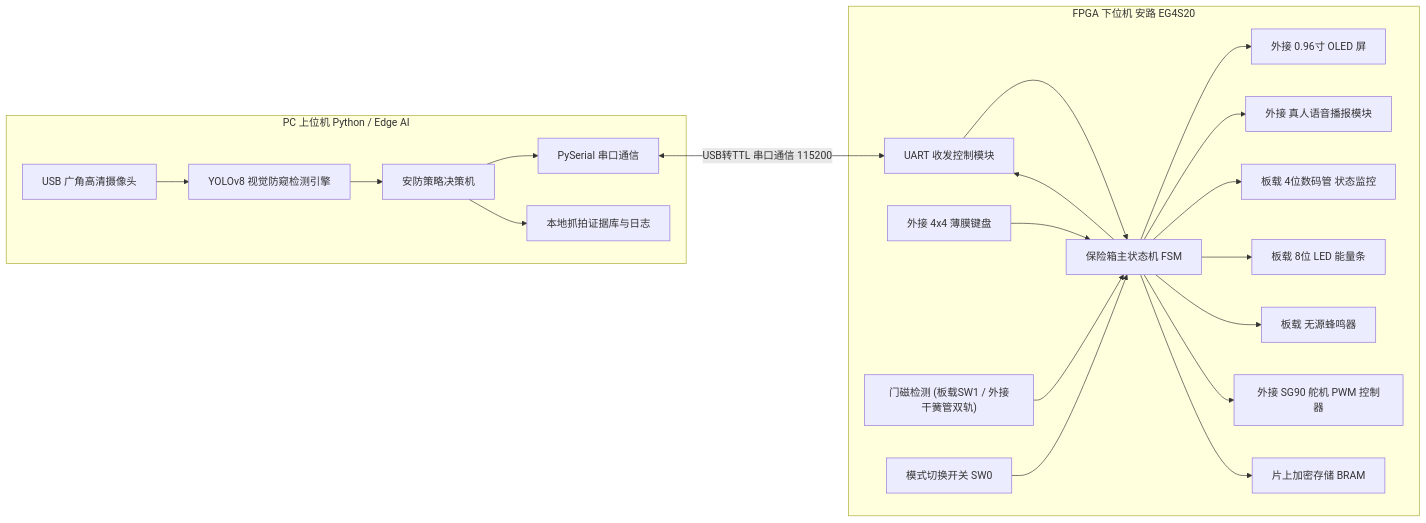
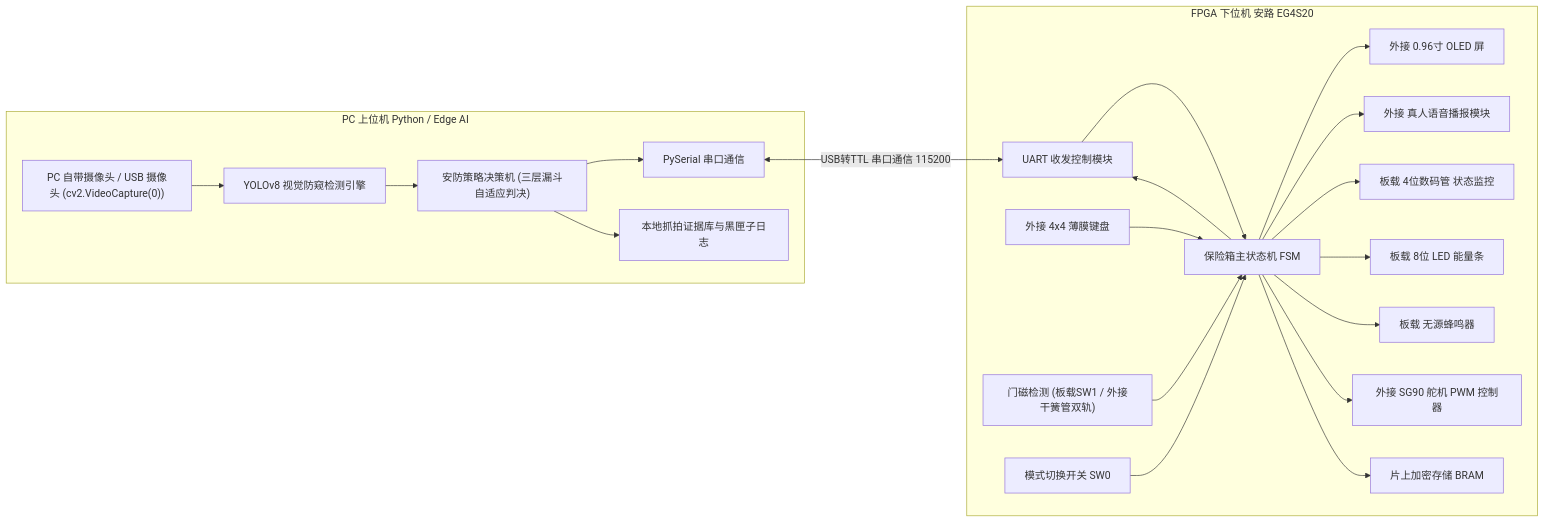
The first of 3 diagrams in plan.md (no-more-human/FPGA-AntiPeep-CipherLock), drawn with Mermaid before and after one commit. The commit also changed other lines of this file and 17 other files, not shown here.

````diff
--- a/plan.md
+++ b/plan.md
@@ -14,29 +14,29 @@
 ```mermaid
 flowchart LR
     subgraph PC_Side ["PC 上位机 Python / Edge AI"]
-        USB_CAM["USB 广角高清摄像头"] --> YOLO["YOLOv8 视觉防窥检测引擎"]
-        YOLO --> Decision["安防策略决策机"]
+        USB_CAM["PC 自带摄像头 / USB 摄像头 (cv2.VideoCapture(0))"] --> YOLO["YOLOv8 视觉防窥检测引擎"]
+        YOLO --> Decision["安防策略决策机 (三层漏斗自适应判决)"]
         Decision --> PY_UART["PySerial 串口通信"]
-        Decision --> Logger["本地抓拍证据库与日志"]
+        Decision --> Logger["本地抓拍证据库与黑匣子日志"]
     end
 
     subgraph FPGA_Side ["FPGA 下位机 安路 EG4S20"]
         FPGA_UART["UART 收发控制模块"] --> MainFSM["保险箱主状态机 FSM"]
         MainFSM --> FPGA_UART
 
         Keypad_Ext["外接 4x4 薄膜键盘"] --> MainFSM
         Door_Sensor["门磁检测 (板载SW1 / 外接干簧管双轨)"] --> MainFSM
         Mode_SW["模式切换开关 SW0"] --> MainFSM
 
         MainFSM --> OLED["外接 0.96寸 OLED 屏"]
         MainFSM --> Voice["外接 真人语音播报模块"]
         MainFSM --> Digitron["板载 4位数码管 状态监控"]
         MainFSM --> LED_Bar["板载 8位 LED 能量条"]
         MainFSM --> Buzzer["板载 无源蜂鸣器"]
 
         MainFSM --> PWM_Servo["外接 SG90 舵机 PWM 控制器"]
         MainFSM --> SecStorage["片上加密存储 BRAM"]
     end
 
     PY_UART <-->|USB转TTL 串口通信 115200| FPGA_UART
 ```
````
